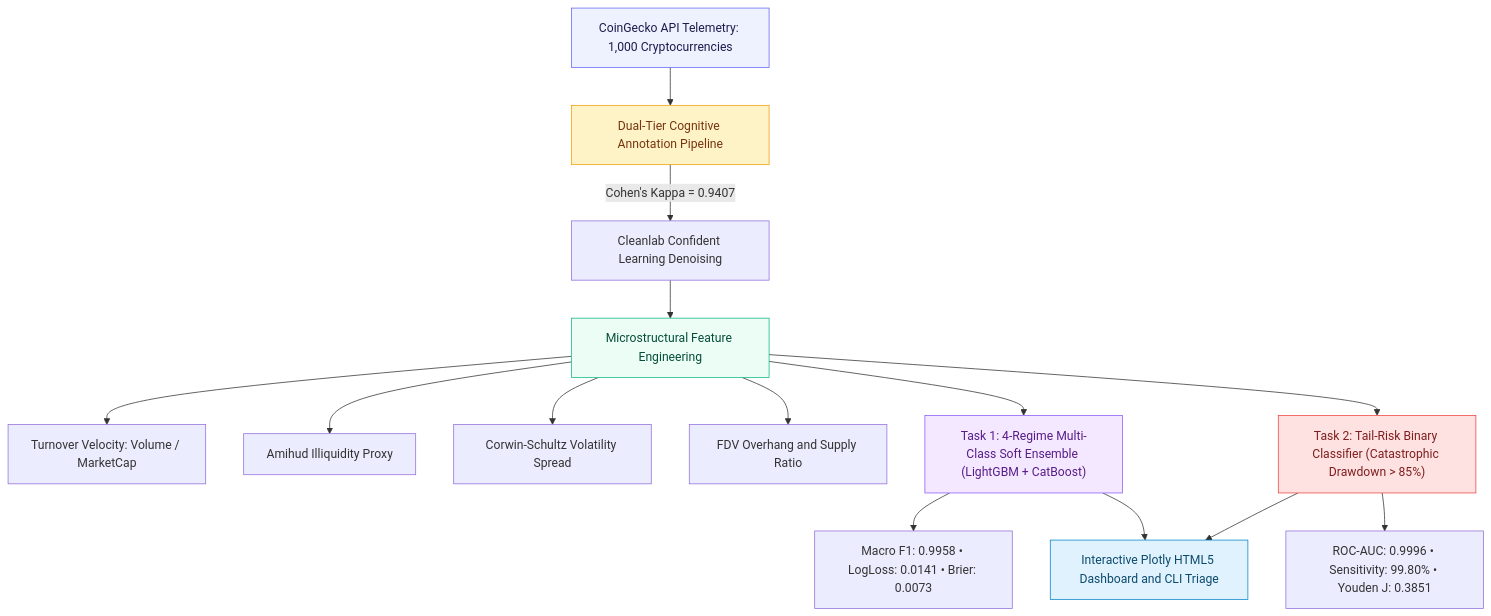
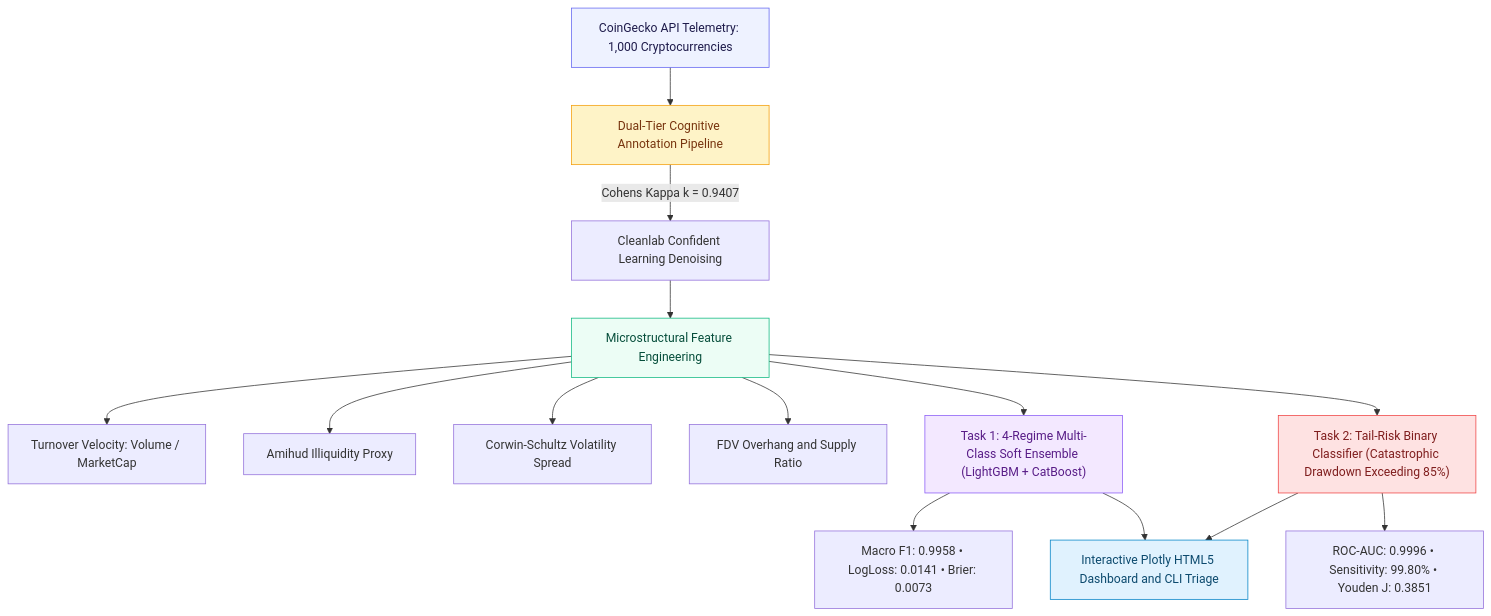
Before and after one commit to elm-as/GCMDL: the diagram in README.md, drawn with Mermaid.

Commit message:
docs: harden mermaid edge labels and comparisons

````diff
--- a/README.md
+++ b/README.md
@@ -67,27 +67,27 @@
 ```mermaid
 flowchart TD
     RAW["CoinGecko API Telemetry: 1,000 Cryptocurrencies"] --> DUAL["Dual-Tier Cognitive Annotation Pipeline"]
-    DUAL -->|Cohen's Kappa = 0.9407| CLEAN["Cleanlab Confident Learning Denoising"]
+    DUAL -->|"Cohens Kappa k = 0.9407"| CLEAN["Cleanlab Confident Learning Denoising"]
     
     CLEAN --> FE["Microstructural Feature Engineering"]
     FE --> V_RATIO["Turnover Velocity: Volume / MarketCap"]
     FE --> AMIHUD["Amihud Illiquidity Proxy"]
     FE --> VOL_SPREAD["Corwin-Schultz Volatility Spread"]
     FE --> FDV_DIL["FDV Overhang and Supply Ratio"]
     
     FE --> TASK1["Task 1: 4-Regime Multi-Class Soft Ensemble (LightGBM + CatBoost)"]
-    FE --> TASK2["Task 2: Tail-Risk Binary Classifier (Catastrophic Drawdown > 85%)"]
+    FE --> TASK2["Task 2: Tail-Risk Binary Classifier (Catastrophic Drawdown Exceeding 85%)"]
     
     TASK1 --> METRICS1["Macro F1: 0.9958 • LogLoss: 0.0141 • Brier: 0.0073"]
     TASK2 --> METRICS2["ROC-AUC: 0.9996 • Sensitivity: 99.80% • Youden J: 0.3851"]
     
     TASK1 --> DASH["Interactive Plotly HTML5 Dashboard and CLI Triage"]
     TASK2 --> DASH
     
     style RAW fill:#EEF2FF,stroke:#6366F1,color:#1e1b4b
     style DUAL fill:#FEF3C7,stroke:#F59E0B,color:#78350f
     style FE fill:#ECFDF5,stroke:#10B981,color:#064e3b
     style TASK1 fill:#F3E8FF,stroke:#8B5CF6,color:#581c87
     style TASK2 fill:#FEE2E2,stroke:#EF4444,color:#7f1d1d
     style DASH fill:#E0F2FE,stroke:#0284C7,color:#0c4a6e
 ```
````
